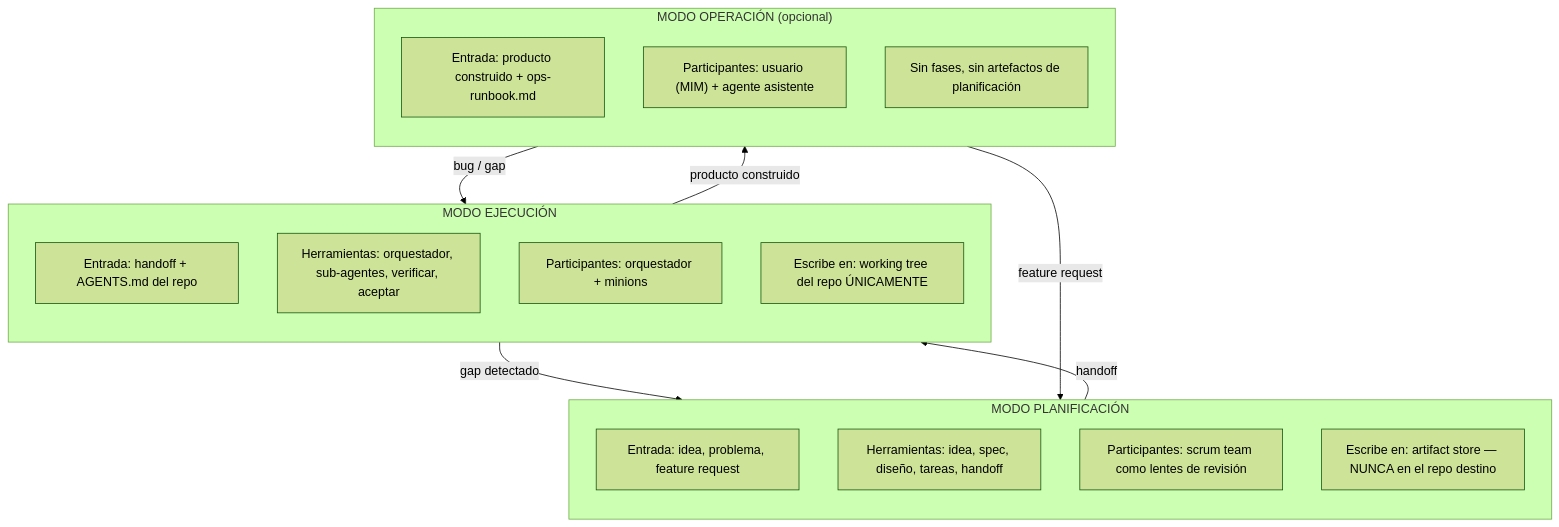
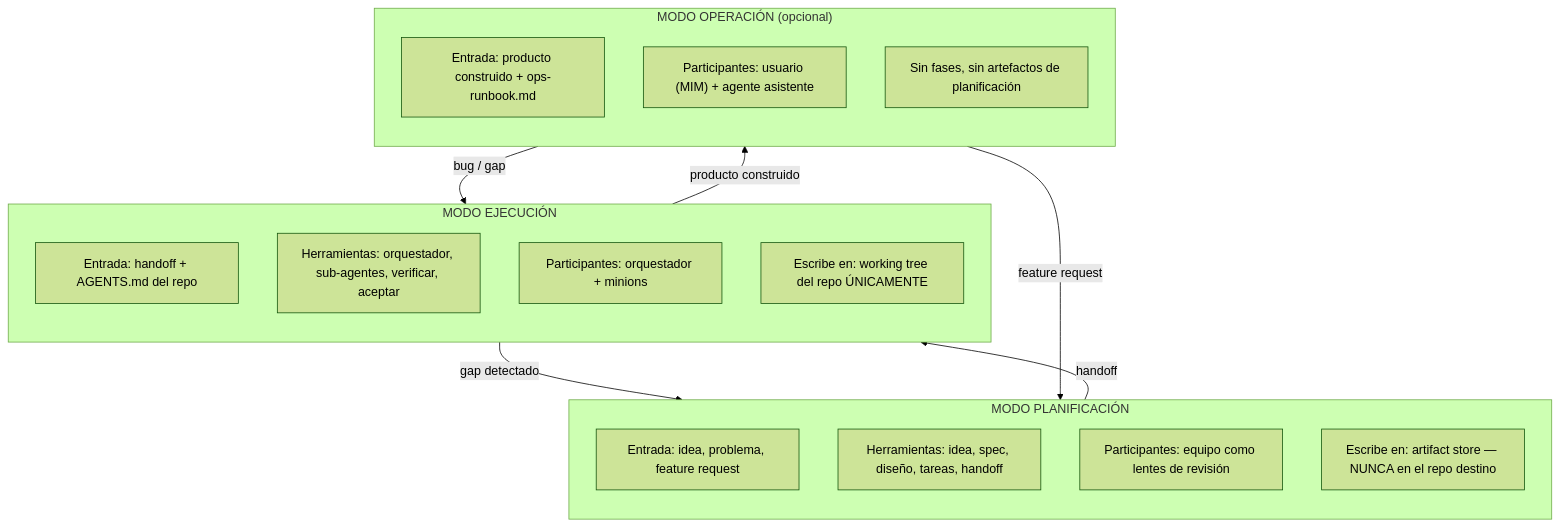
One commit to virgenherrera/idea-to-mvp changed the fourth of 4 diagrams in docs/planning/operational-model.md. Above: the diagram before and after it, drawn with Mermaid (forest theme). The commit also changed other lines of this file and 20 other files, not shown here.

````diff
--- a/docs/planning/operational-model.md
+++ b/docs/planning/operational-model.md
@@ -300,33 +316,33 @@
 ```mermaid
 flowchart TD
     subgraph PLAN["MODO PLANIFICACIÓN"]
         direction TB
         P_IN["Entrada: idea, problema, feature request"]
         P_TOOLS["Herramientas: idea, spec, diseño, tareas, handoff"]
-        P_WHO["Participantes: scrum team como lentes de revisión"]
+        P_WHO["Participantes: equipo como lentes de revisión"]
         P_OUT["Escribe en: artifact store — NUNCA en el repo destino"]
     end
 
     PLAN -->|handoff| EXEC
 
     subgraph EXEC["MODO EJECUCIÓN"]
         direction TB
         E_IN["Entrada: handoff + AGENTS.md del repo"]
         E_TOOLS["Herramientas: orquestador, sub-agentes, verificar, aceptar"]
         E_WHO["Participantes: orquestador + minions"]
         E_OUT["Escribe en: working tree del repo ÚNICAMENTE"]
     end
 
     EXEC -->|"producto construido"| OP
 
     subgraph OP["MODO OPERACIÓN (opcional)"]
         direction TB
         O_IN["Entrada: producto construido + ops-runbook.md"]
         O_WHO["Participantes: usuario (MIM) + agente asistente"]
         O_OUT["Sin fases, sin artefactos de planificación"]
     end
 
     EXEC -->|"gap detectado"| PLAN
     OP -->|"bug / gap"| EXEC
     OP -->|"feature request"| PLAN
 ```
````
